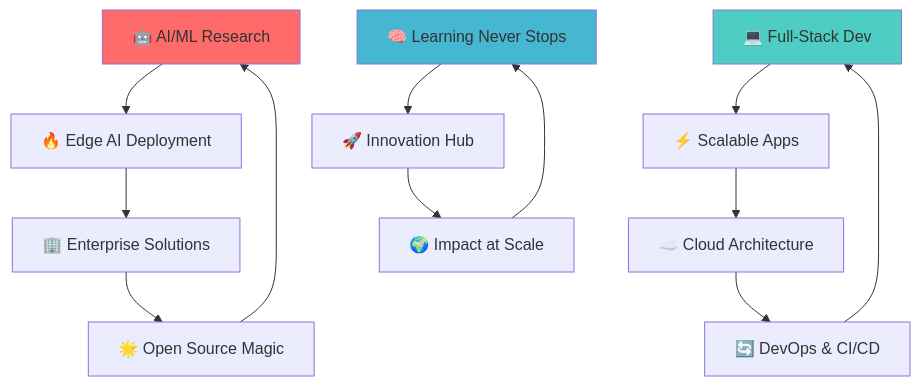
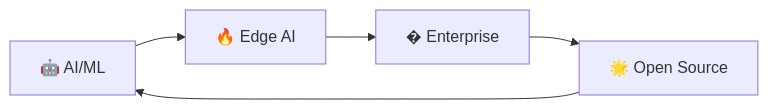
One commit to anshc022/anshc022 changed the diagram in README.md. Above: the diagram before and after it, drawn with Mermaid. The commit also changed other lines of this file, not shown here.

````diff
--- a/README.md
+++ b/README.md
@@ -305,20 +313,7 @@
 ```mermaid
-graph TD
-    A[🤖 AI/ML Research] --> B[🔥 Edge AI Deployment]
-    B --> C[🏢 Enterprise Solutions]
-    C --> D[🌟 Open Source Magic]
+graph LR
+    A[🤖 AI/ML] --> B[🔥 Edge AI]
+    B --> C[� Enterprise]
+    C --> D[🌟 Open Source]
     D --> A
-    
-    E[💻 Full-Stack Dev] --> F[⚡ Scalable Apps]
-    F --> G[☁️ Cloud Architecture]
-    G --> H[🔄 DevOps & CI/CD]
-    H --> E
-    
-    I[🧠 Learning Never Stops] --> J[🚀 Innovation Hub]
-    J --> K[🌍 Impact at Scale]
-    K --> I
-    
-    style A fill:#ff6b6b
-    style E fill:#4ecdc4
-    style I fill:#45b7d1
 ```
````
